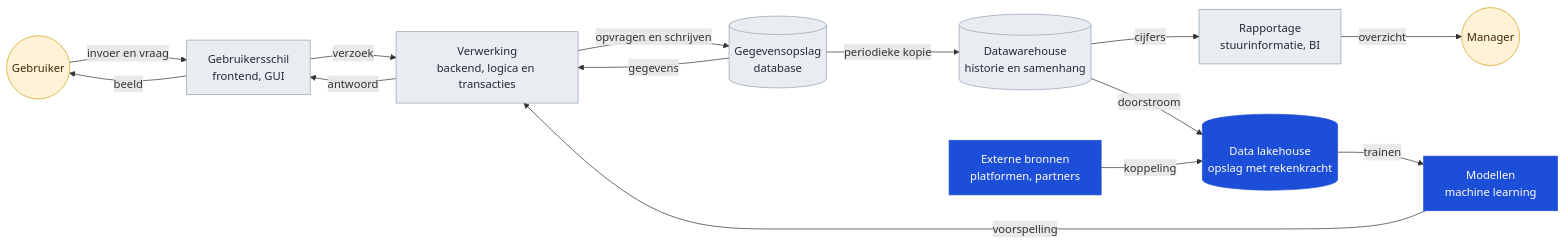
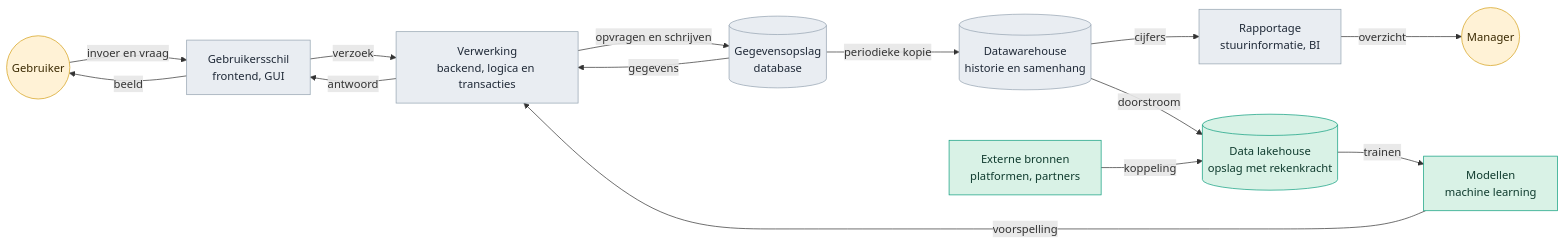
One commit to Npuls-OKx/meta changed the fourth of 6 diagrams in presentaties/src/260904_ai_houdbaarheid.md. Above: the diagram before and after it, drawn with Mermaid. The commit also changed other lines of this file and 2 other files, not shown here.

````diff
--- a/presentaties/src/260904_ai_houdbaarheid.md
+++ b/presentaties/src/260904_ai_houdbaarheid.md
@@ -205,36 +264,36 @@
 ```mermaid
 flowchart LR
   U(("Gebruiker"))
   GUI["Gebruikersschil<br/>frontend, GUI"]
   BE["Verwerking<br/>backend, logica en transacties"]
   DB[("Gegevensopslag<br/>database")]
   U -- "invoer en vraag" --> GUI
   GUI -- "verzoek" --> BE
   BE -- "opvragen en schrijven" --> DB
   DB -- "gegevens" --> BE
   BE -- "antwoord" --> GUI
   GUI -- "beeld" --> U
   DWH[("Datawarehouse<br/>historie en samenhang")]
   BI["Rapportage<br/>stuurinformatie, BI"]
   M(("Manager"))
   DB -- "periodieke kopie" --> DWH
   DWH -- "cijfers" --> BI
   BI -- "overzicht" --> M
   LH[("Data lakehouse<br/>opslag met rekenkracht")]
   ML["Modellen<br/>machine learning"]
   EXT["Externe bronnen<br/>platformen, partners"]
   DWH -- "doorstroom" --> LH
   EXT -- "koppeling" --> LH
   LH -- "trainen" --> ML
   ML -- "voorspelling" --> BE
   style U fill:#fff2d6,stroke:#D4A017,color:#3b2a02
   style GUI fill:#e9edf2,stroke:#94a3b0,color:#1f2937
   style BE fill:#e9edf2,stroke:#94a3b0,color:#1f2937
   style DB fill:#e9edf2,stroke:#94a3b0,color:#1f2937
   style DWH fill:#e9edf2,stroke:#94a3b0,color:#1f2937
   style BI fill:#e9edf2,stroke:#94a3b0,color:#1f2937
   style M fill:#fff2d6,stroke:#D4A017,color:#3b2a02
-  style LH fill:#1D4ED8,stroke:#1D4ED8,color:#ffffff
-  style ML fill:#1D4ED8,stroke:#1D4ED8,color:#ffffff
-  style EXT fill:#1D4ED8,stroke:#1D4ED8,color:#ffffff
+  style LH fill:#d9f2e6,stroke:#0E9E7E,color:#0f3b2e
+  style ML fill:#d9f2e6,stroke:#0E9E7E,color:#0f3b2e
+  style EXT fill:#d9f2e6,stroke:#0E9E7E,color:#0f3b2e
 ```
````
